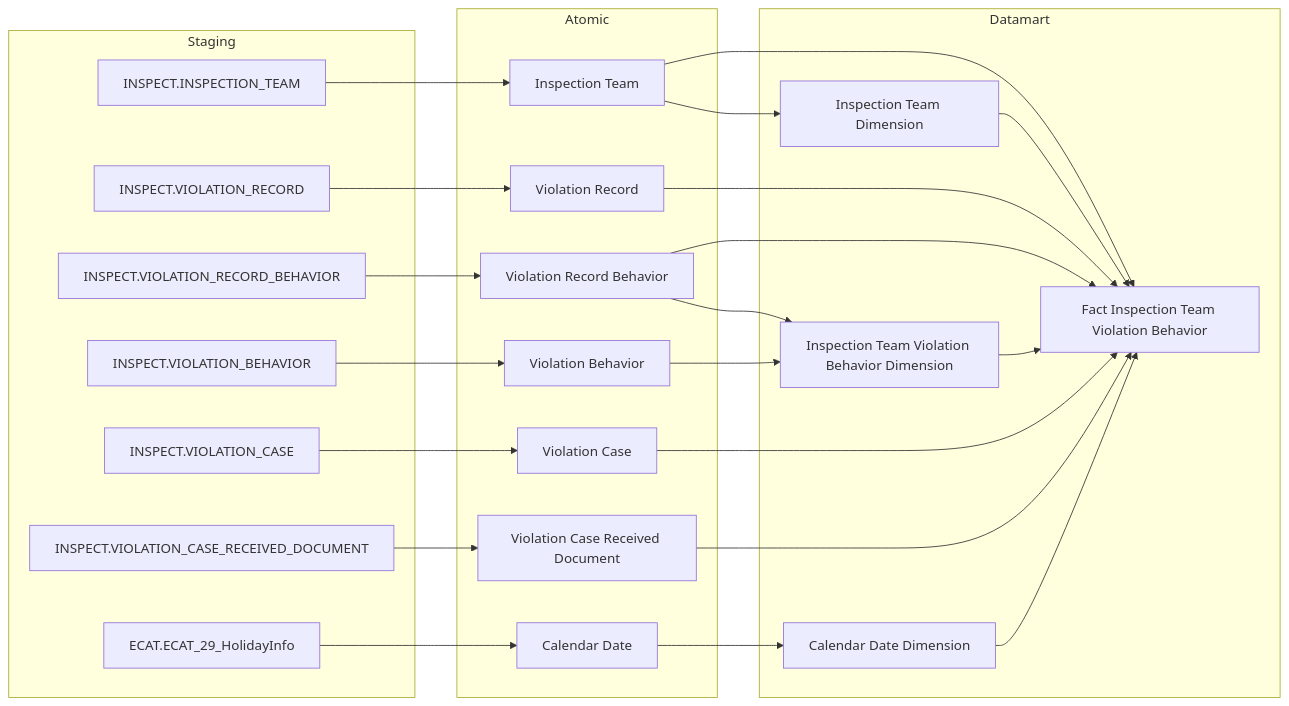
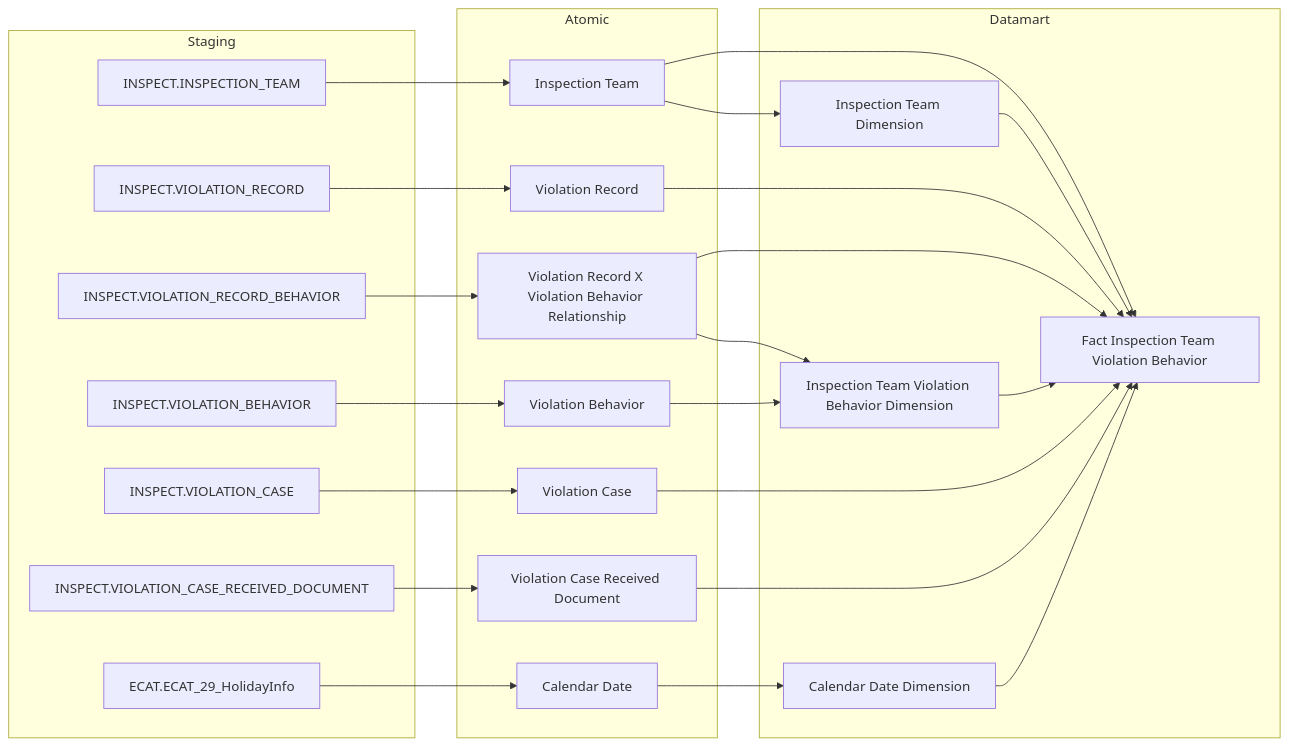
Before and after one commit to linhlvit/ubck_atomic_design: the fifth of 54 diagrams in Datamart/hld/DTM_TT_HLD.md, drawn with Mermaid. The commit also changed other lines of this file and 11 other files, not shown here.

````diff
--- a/Datamart/hld/DTM_TT_HLD.md
+++ b/Datamart/hld/DTM_TT_HLD.md
@@ -178,51 +178,51 @@
 ```mermaid
 flowchart LR
     subgraph SRC["Staging"]
         S1["INSPECT.INSPECTION_TEAM"]
         S2["INSPECT.VIOLATION_RECORD"]
         S3["INSPECT.VIOLATION_RECORD_BEHAVIOR"]
         S4["INSPECT.VIOLATION_BEHAVIOR"]
         S5["INSPECT.VIOLATION_CASE"]
         S6["INSPECT.VIOLATION_CASE_RECEIVED_DOCUMENT"]
         ECAT_HolidayInfo["ECAT.ECAT_29_HolidayInfo"]
     end
 
     subgraph SIL["Atomic"]
         SV1["Inspection Team"]
         SV2["Violation Record"]
-        SV3["Violation Record Behavior"]
+        SV3["Violation Record X Violation Behavior Relationship"]
         SV4["Violation Behavior"]
         SV5["Violation Case"]
         SV6["Violation Case Received Document"]
         Calendar_Date["Calendar Date"]
     end
 
     subgraph GOLD["Datamart"]
         G1["Fact Inspection Team Violation Behavior"]
         G2["Calendar Date Dimension"]
         G3["Inspection Team Violation Behavior Dimension"]
         G4["Inspection Team Dimension"]
     end
 
     S1 --> SV1
     S2 --> SV2
     S3 --> SV3
     S4 --> SV4
     S5 --> SV5
     S6 --> SV6
     ECAT_HolidayInfo --> Calendar_Date
 
     SV1 --> G1
     SV1 --> G4
     SV2 --> G1
     SV3 --> G1
     SV3 --> G3
     SV4 --> G3
     SV5 --> G1
     SV6 --> G1
 
     Calendar_Date --> G2
     G2 --> G1
     G3 --> G1
     G4 --> G1
 ```
````
